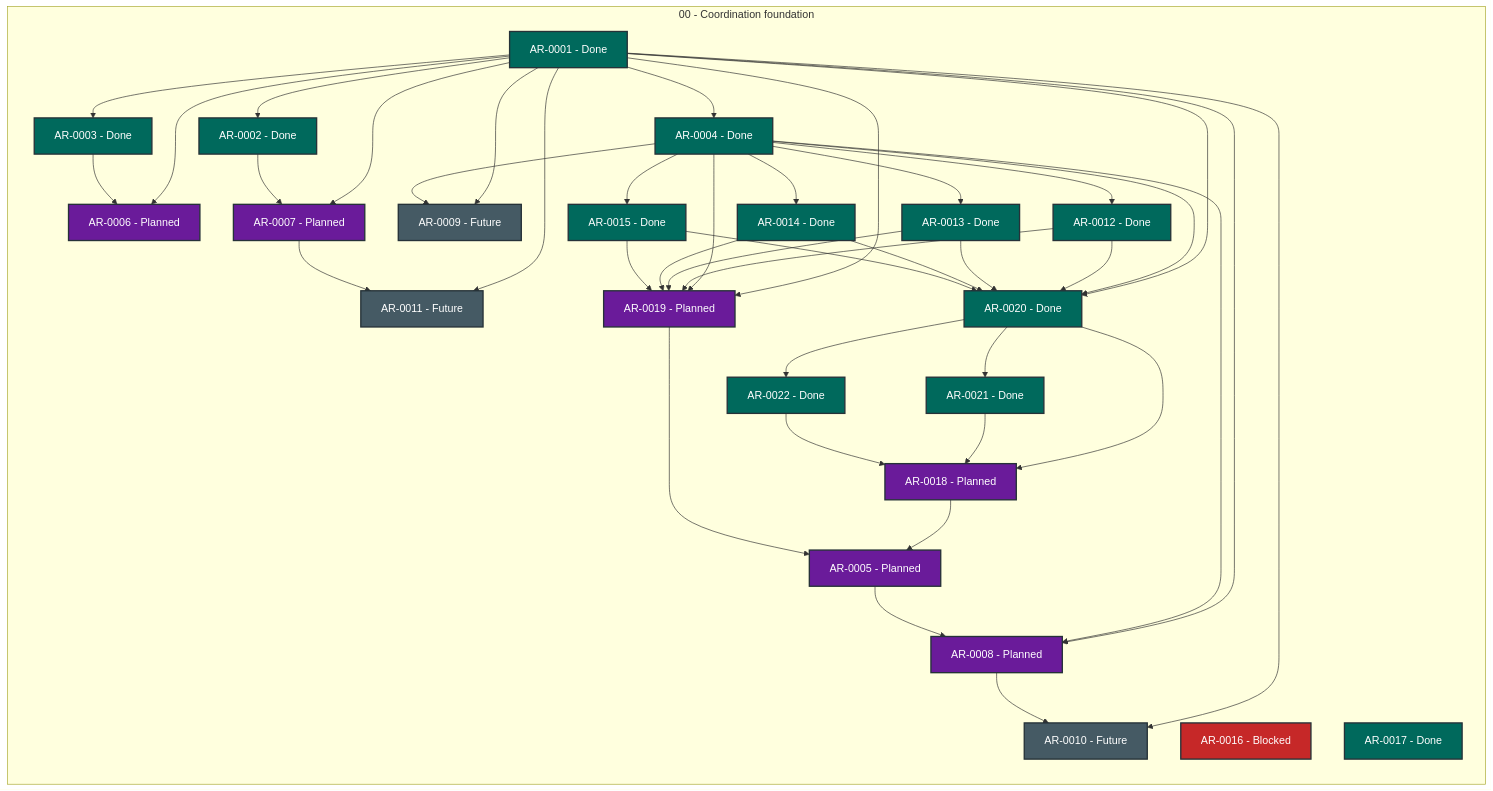
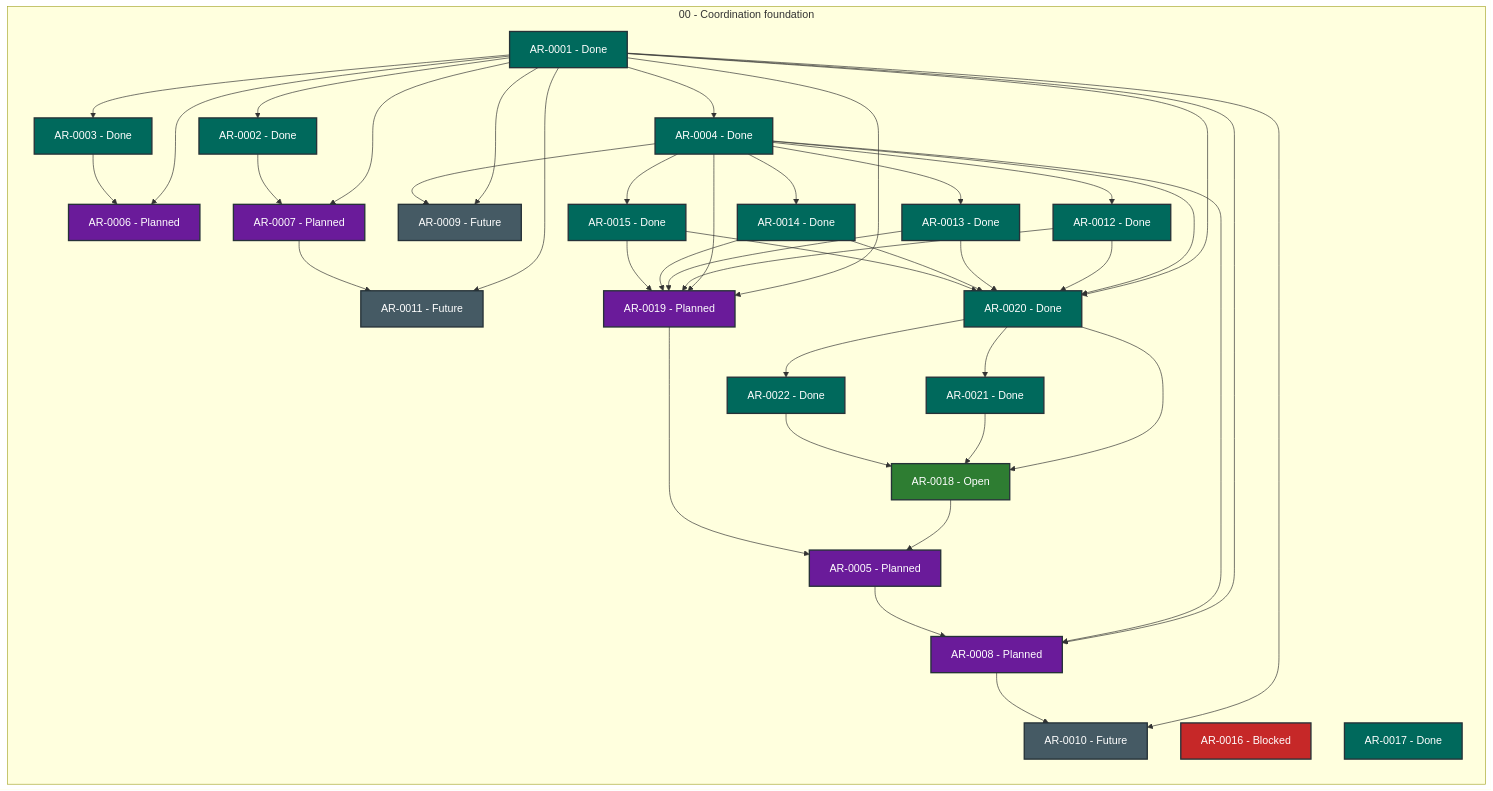
The diagram in STATUS.md (martin-beck/agent-workflow-quality-state), drawn with Mermaid before and after one commit. The commit also changed other lines of this file and 2 other files, not shown here.

````diff
--- a/STATUS.md
+++ b/STATUS.md
@@ -27,75 +27,75 @@
 ```mermaid
 flowchart LR
     subgraph series_00["00 - Coordination foundation"]
         direction TB
         AR_0001["AR-0001 - Done"]:::status_done
         AR_0002["AR-0002 - Done"]:::status_done
         AR_0003["AR-0003 - Done"]:::status_done
         AR_0004["AR-0004 - Done"]:::status_done
         AR_0005["AR-0005 - Planned"]:::status_planned
         AR_0006["AR-0006 - Planned"]:::status_planned
         AR_0007["AR-0007 - Planned"]:::status_planned
         AR_0008["AR-0008 - Planned"]:::status_planned
         AR_0009["AR-0009 - Future"]:::status_future
         AR_0010["AR-0010 - Future"]:::status_future
         AR_0011["AR-0011 - Future"]:::status_future
         AR_0012["AR-0012 - Done"]:::status_done
         AR_0013["AR-0013 - Done"]:::status_done
         AR_0014["AR-0014 - Done"]:::status_done
         AR_0015["AR-0015 - Done"]:::status_done
         AR_0016["AR-0016 - Blocked"]:::status_blocked
         AR_0017["AR-0017 - Done"]:::status_done
-        AR_0018["AR-0018 - Planned"]:::status_planned
+        AR_0018["AR-0018 - Open"]:::status_open
         AR_0019["AR-0019 - Planned"]:::status_planned
         AR_0020["AR-0020 - Done"]:::status_done
         AR_0021["AR-0021 - Done"]:::status_done
         AR_0022["AR-0022 - Done"]:::status_done
     end
     AR_0001 --> AR_0002
     AR_0001 --> AR_0003
     AR_0001 --> AR_0004
     AR_0001 --> AR_0006
     AR_0001 --> AR_0007
     AR_0001 --> AR_0008
     AR_0001 --> AR_0009
     AR_0001 --> AR_0010
     AR_0001 --> AR_0011
     AR_0001 --> AR_0019
     AR_0001 --> AR_0020
     AR_0002 --> AR_0007
     AR_0003 --> AR_0006
     AR_0004 --> AR_0008
     AR_0004 --> AR_0009
     AR_0004 --> AR_0012
     AR_0004 --> AR_0013
     AR_0004 --> AR_0014
     AR_0004 --> AR_0015
     AR_0004 --> AR_0019
     AR_0004 --> AR_0020
     AR_0005 --> AR_0008
     AR_0007 --> AR_0011
     AR_0008 --> AR_0010
     AR_0012 --> AR_0019
     AR_0012 --> AR_0020
     AR_0013 --> AR_0019
     AR_0013 --> AR_0020
     AR_0014 --> AR_0019
     AR_0014 --> AR_0020
     AR_0015 --> AR_0019
     AR_0015 --> AR_0020
     AR_0018 --> AR_0005
     AR_0019 --> AR_0005
     AR_0020 --> AR_0018
     AR_0020 --> AR_0021
     AR_0020 --> AR_0022
     AR_0021 --> AR_0018
     AR_0022 --> AR_0018
     classDef status_in_progress fill:#1565c0,color:#ffffff,stroke:#263238,stroke-width:2px
     classDef status_open fill:#2e7d32,color:#ffffff,stroke:#263238,stroke-width:2px
     classDef status_blocked fill:#c62828,color:#ffffff,stroke:#263238,stroke-width:2px
     classDef status_planned fill:#6a1b9a,color:#ffffff,stroke:#263238,stroke-width:2px
     classDef status_future fill:#455a64,color:#ffffff,stroke:#263238,stroke-width:2px
     classDef status_done fill:#00695c,color:#ffffff,stroke:#263238,stroke-width:2px
     classDef status_cancelled fill:#616161,color:#ffffff,stroke:#263238,stroke-width:2px
     classDef status_superseded fill:#5d4037,color:#ffffff,stroke:#263238,stroke-width:2px
 ```
````
